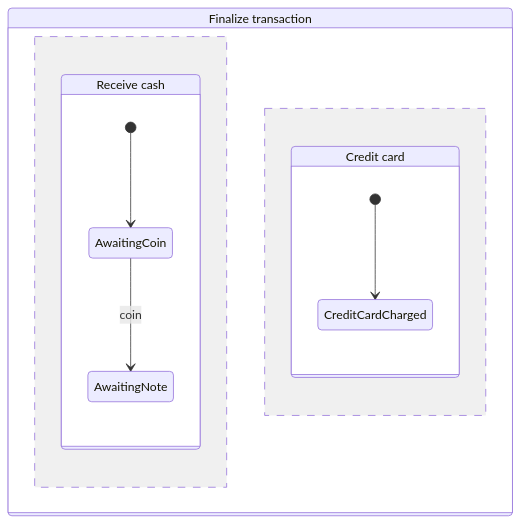
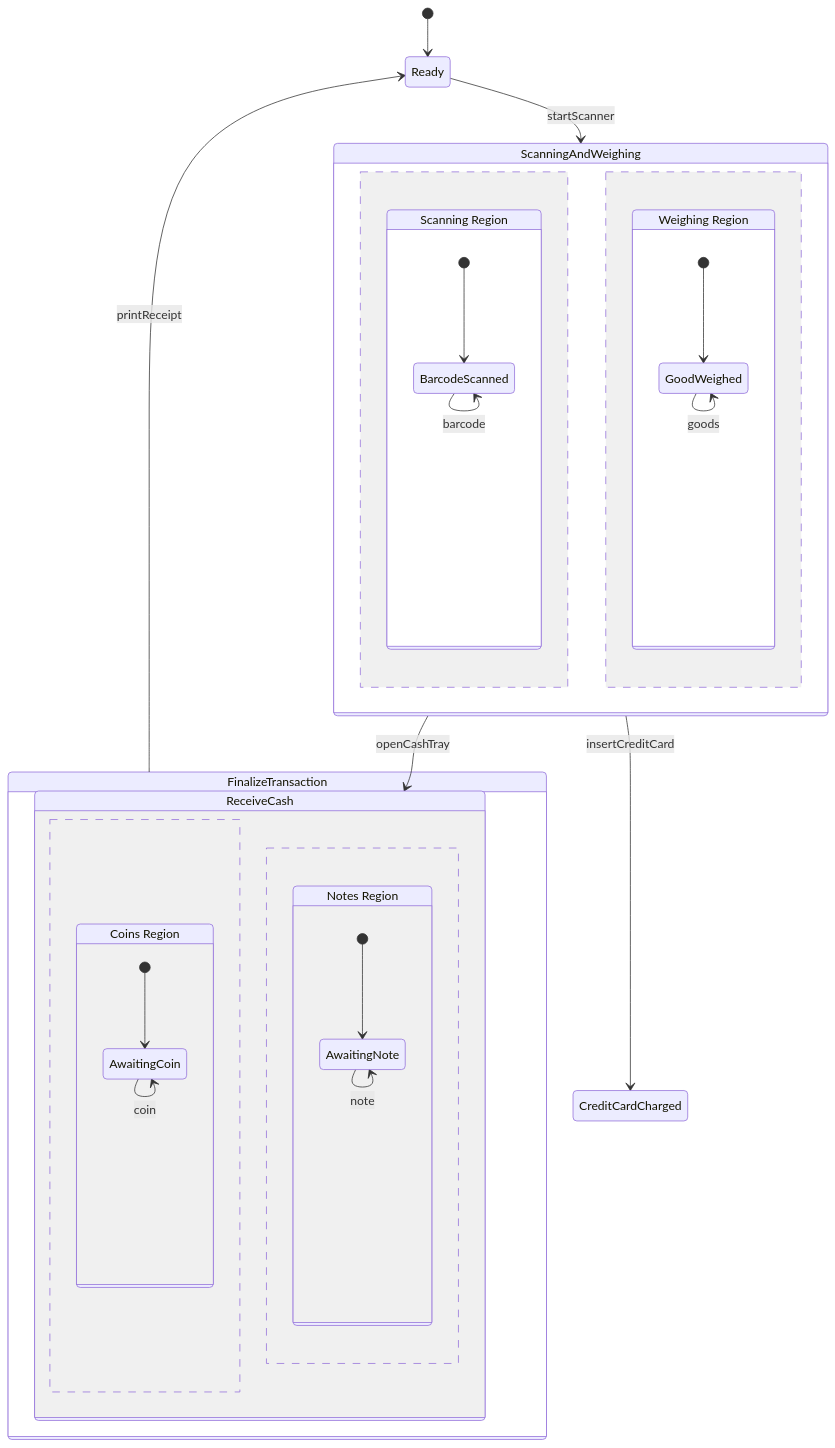
Before and after one commit to Fake1Doge/Obsidian-notes: diagram 32 of 38 in Y1S2/CKS121 Software Requirements.md, drawn with Mermaid. The commit also changed other lines of this file, not shown here.

````diff
--- a/Y1S2/CKS121 Software Requirements.md
+++ b/Y1S2/CKS121 Software Requirements.md
@@ -2504,13 +2588,37 @@
 ```mermaid
 stateDiagram-v2
-    state "Finalize transaction" as Finalize {
-        state "Receive cash" as ReceiveCash {
-            [*] --> AwaitingCoin
-            AwaitingCoin --> AwaitingNote : coin
+    [*] --> Ready
+    Ready --> ScanningAndWeighing : startScanner
+    
+    state ScanningAndWeighing {
+        state "Scanning Region" as ScanningReg {
+            [*] --> BarcodeScanned
+            BarcodeScanned --> BarcodeScanned : barcode
         }
         --
-        state "Credit card" as Credit {
-            [*] --> CreditCardCharged
+        state "Weighing Region" as WeighingReg {
+            [*] --> GoodWeighed
+            GoodWeighed --> GoodWeighed : goods
         }
     }
+    
+    state FinalizeTransaction {
+        state ReceiveCash {
+            state "Coins Region" as CoinsReg {
+                [*] --> AwaitingCoin
+                AwaitingCoin --> AwaitingCoin : coin
+            }
+            --
+            state "Notes Region" as NotesReg {
+                [*] --> AwaitingNote
+                AwaitingNote --> AwaitingNote : note
+            }
+        }
+        state CreditCardCharged
+    }
+    
+    ScanningAndWeighing --> ReceiveCash : openCashTray
+    ScanningAndWeighing --> CreditCardCharged : insertCreditCard
+    
+    FinalizeTransaction --> Ready : printReceipt
 ```
````
